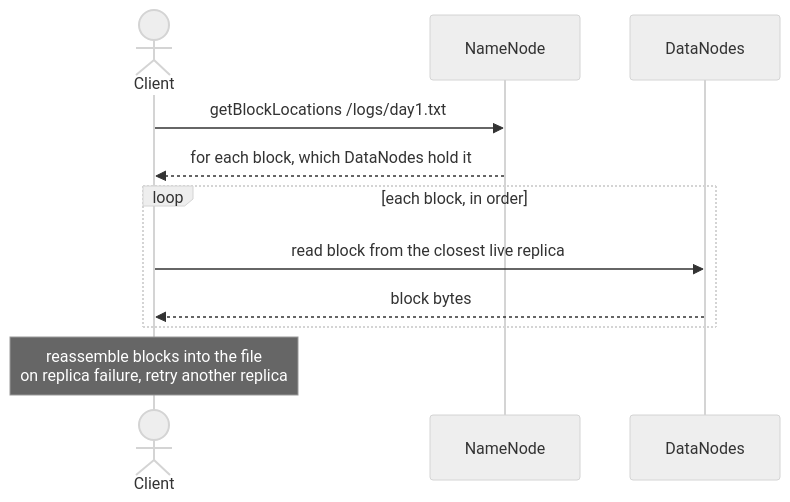
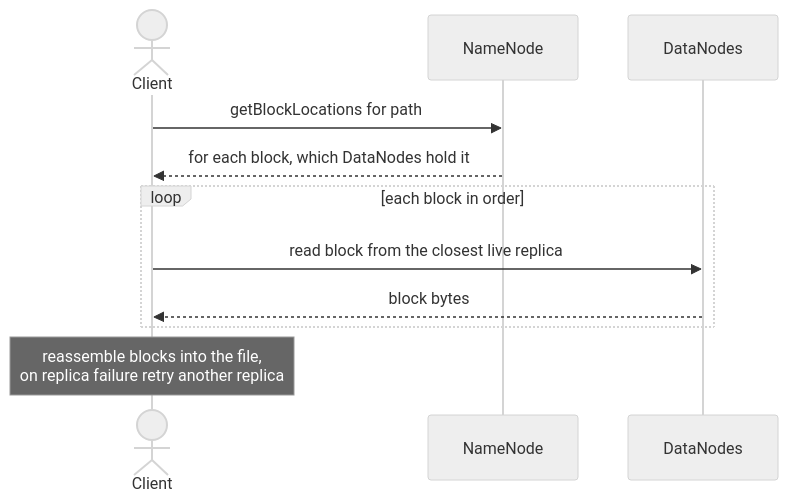
One commit to anurag06243/mini-hdfs changed the third of 4 diagrams in docs/uml/hld-architecture.md. Above: the diagram before and after it, drawn with Mermaid (neutral theme). The commit also changed other lines of this file, not shown here.

Commit message:
Fix Mermaid parse errors: remove slashes, parens, semicolons from labels

````diff
--- a/docs/uml/hld-architecture.md
+++ b/docs/uml/hld-architecture.md
@@ -79,14 +79,14 @@
 ```mermaid
 sequenceDiagram
     actor U as Client
     participant NN as NameNode
     participant DN as DataNodes
 
-    U->>NN: getBlockLocations /logs/day1.txt
+    U->>NN: getBlockLocations for path
     NN-->>U: for each block, which DataNodes hold it
-    loop each block, in order
+    loop each block in order
         U->>DN: read block from the closest live replica
         DN-->>U: block bytes
     end
-    Note over U: reassemble blocks into the file<br/>on replica failure, retry another replica
+    Note over U: reassemble blocks into the file,<br/>on replica failure retry another replica
 ```
````
